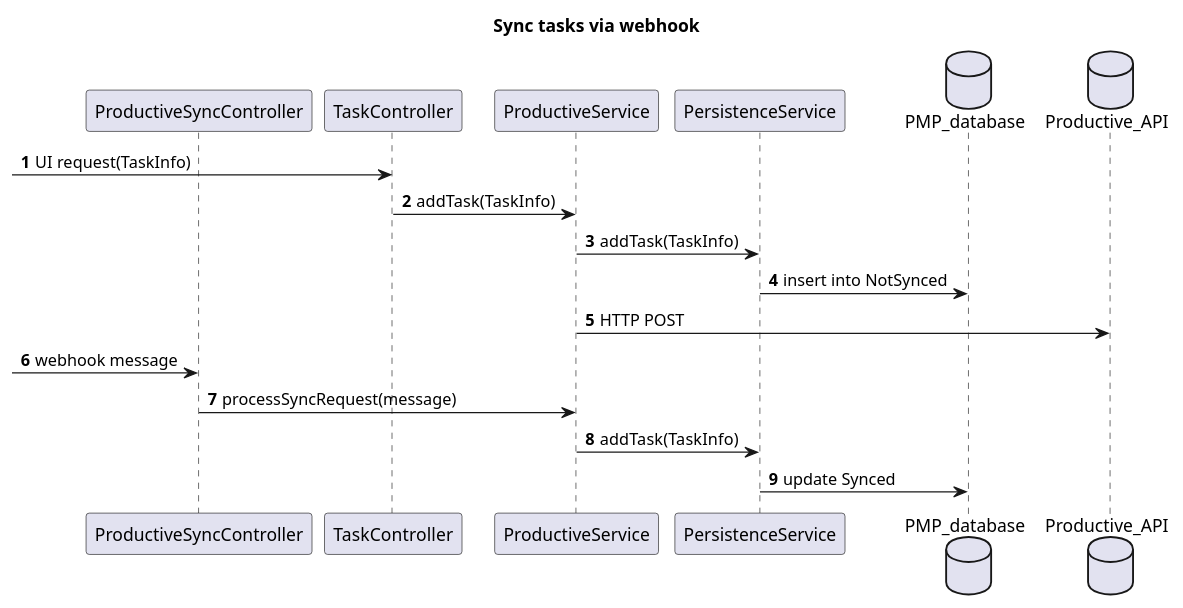
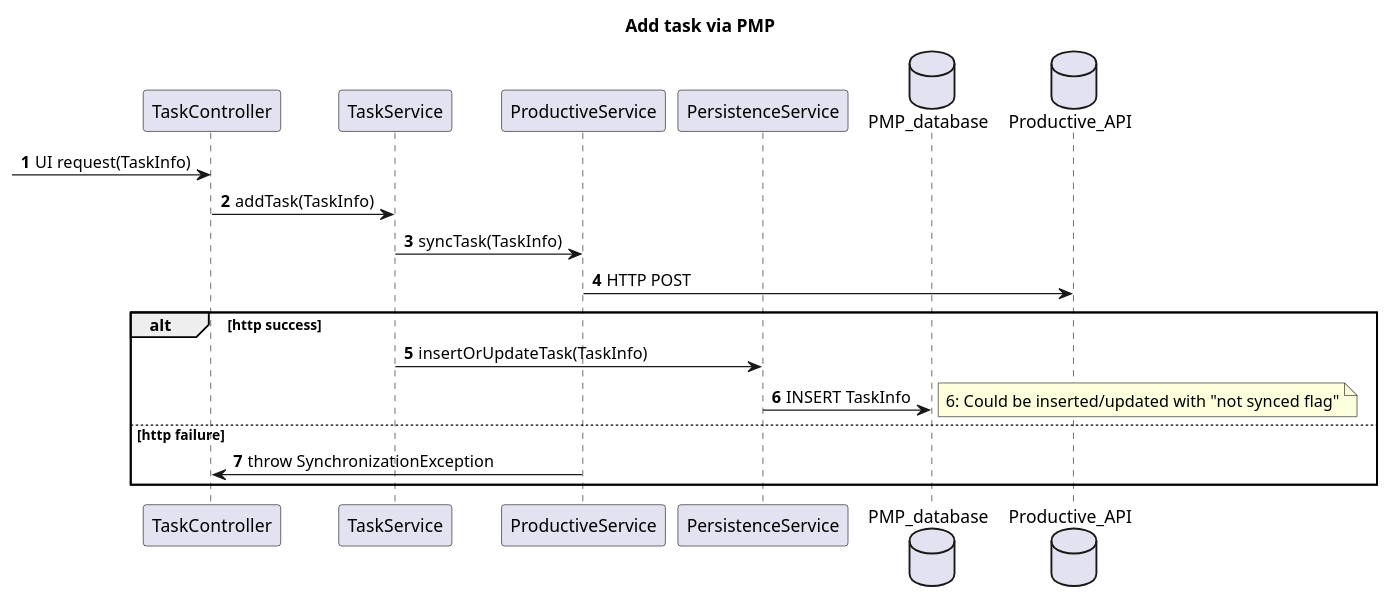
The third of 7 diagrams in Documentatie/Technisch/ADRs/ADR001-Communicatie_met_de_Productive_API.md (DCReceveur/pre-afstudeer-docs), drawn with PlantUML before and after one commit. The commit also changed other lines of this file and 2 other files, not shown here.

Commit message:
productive sync documentatie bijgewerkt

````diff
--- a/Documentatie/Technisch/ADRs/ADR001-Communicatie_met_de_Productive_API.md
+++ b/Documentatie/Technisch/ADRs/ADR001-Communicatie_met_de_Productive_API.md
@@ -30,23 +66,28 @@
-```puml
-title Sync tasks via webhook
+```plantuml
+title Add task via PMP
 autonumber
-participant ProductiveSyncController as prod_sync
-participant TaskController as task
+participant TaskController as task_ctrl
+participant TaskService as task_serv
 participant ProductiveService as prod_serv
 participant PersistenceService as pers_serv
 database PMP_database as pmp_db
 database Productive_API as prod_api
 
-' ?-> prod_sync : cron job sync
-' prod_sync -> prod_serv : syncLocalChanges
-[->task : UI request(TaskInfo)
-task -> prod_serv : addTask(TaskInfo)
-prod_serv -> pers_serv : addTask(TaskInfo)
-pers_serv -> pmp_db : insert into NotSynced
+[->task_ctrl : UI request(TaskInfo)
+task_ctrl -> task_serv : addTask(TaskInfo)
+
+task_serv -> prod_serv : syncTask(TaskInfo)
 prod_serv -> prod_api: HTTP POST
+alt http success
 
-[-> prod_sync : webhook message
-prod_sync -> prod_serv : processSyncRequest(message)
-prod_serv -> pers_serv : addTask(TaskInfo) 
-pers_serv -> pmp_db : update Synced
+task_serv -> pers_serv : insertOrUpdateTask(TaskInfo)
+
+pers_serv -> pmp_db : INSERT TaskInfo
+note right 
+    %autonumber%: Could be inserted/updated with "not synced flag"
+end note
+else http failure
+prod_serv -> task_ctrl : throw SynchronizationException
+end
+
 ```
````
